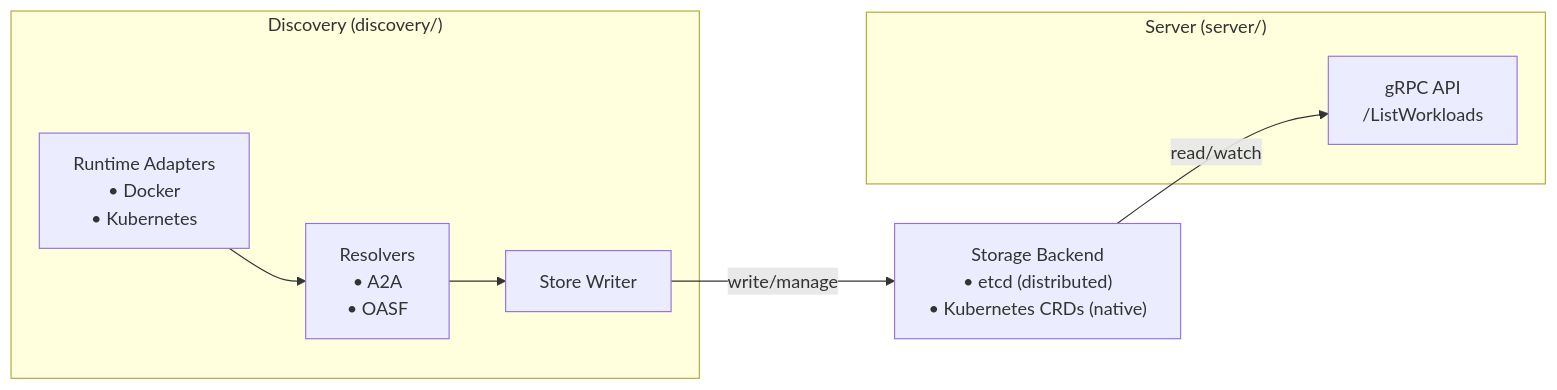
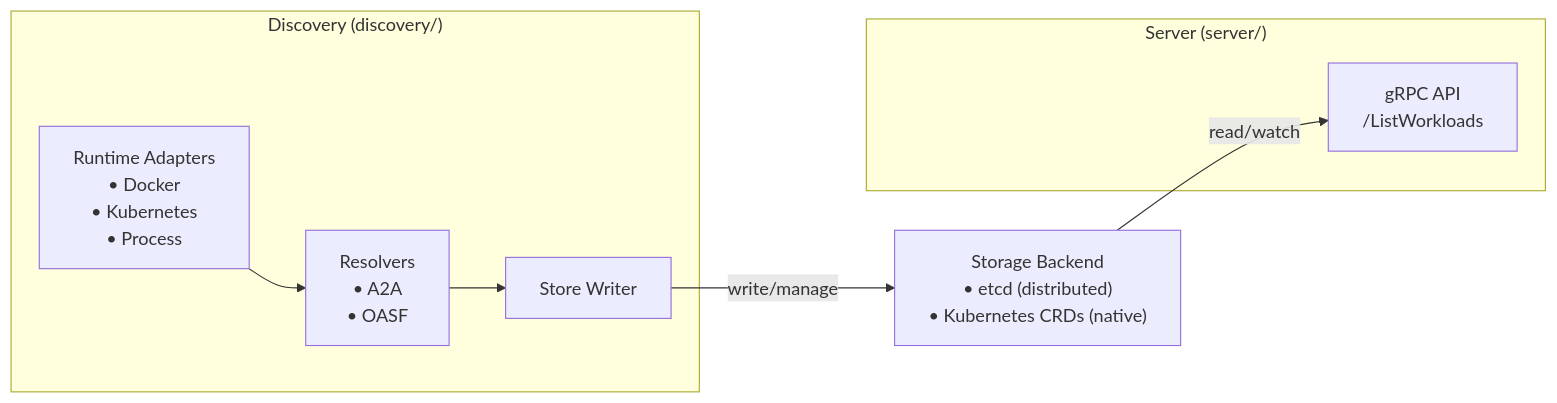
Before and after one commit to agntcy/dir-runtime: the first of 2 diagrams in docs/dir-component-runtime-discovery.md, drawn with Mermaid. The commit also changed other lines of this file and 16 other files, not shown here.

First line of the commit message:
feat(discovery): add process runtime adapter (#98)

````diff
--- a/docs/dir-component-runtime-discovery.md
+++ b/docs/dir-component-runtime-discovery.md
@@ -10,20 +10,20 @@
 ```mermaid
 flowchart LR
  subgraph Discovery["Discovery (discovery/)"]
-        RA["Runtime Adapters<br>• Docker<br>• Kubernetes"]
+        RA["Runtime Adapters<br>• Docker<br>• Kubernetes<br>• Process"]
         RES["Resolvers<br>• A2A<br>• OASF"]
         SW["Store Writer"]
   end
  subgraph Server["Server (server/)"]
         SPACE[" "]
         API["gRPC API<br>/ListWorkloads"]
   end
     RA --> RES
     RES --> SW
     SPACE ~~~ API
     Discovery ~~~ Server
     SW -- write/manage --> SB["Storage Backend<br>• etcd (distributed)<br>• Kubernetes CRDs (native)"]
     SB -- read/watch --> API
 
     style SPACE fill:none,stroke:none
 ```
````
